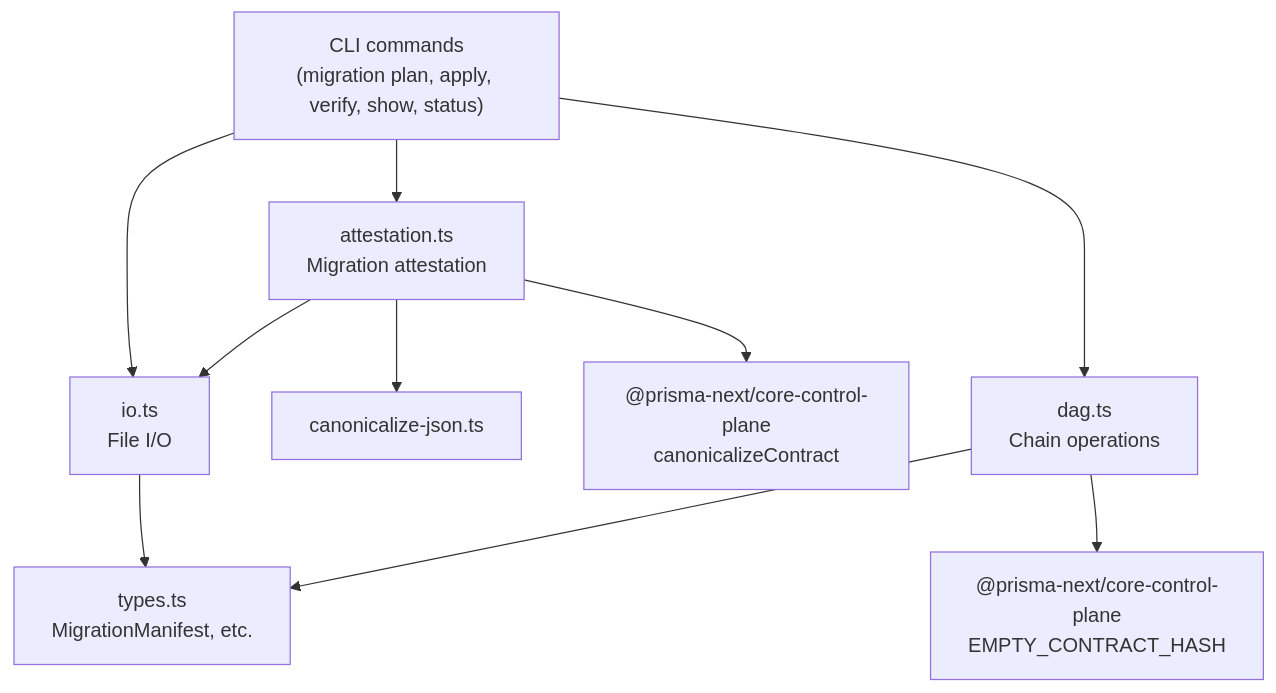
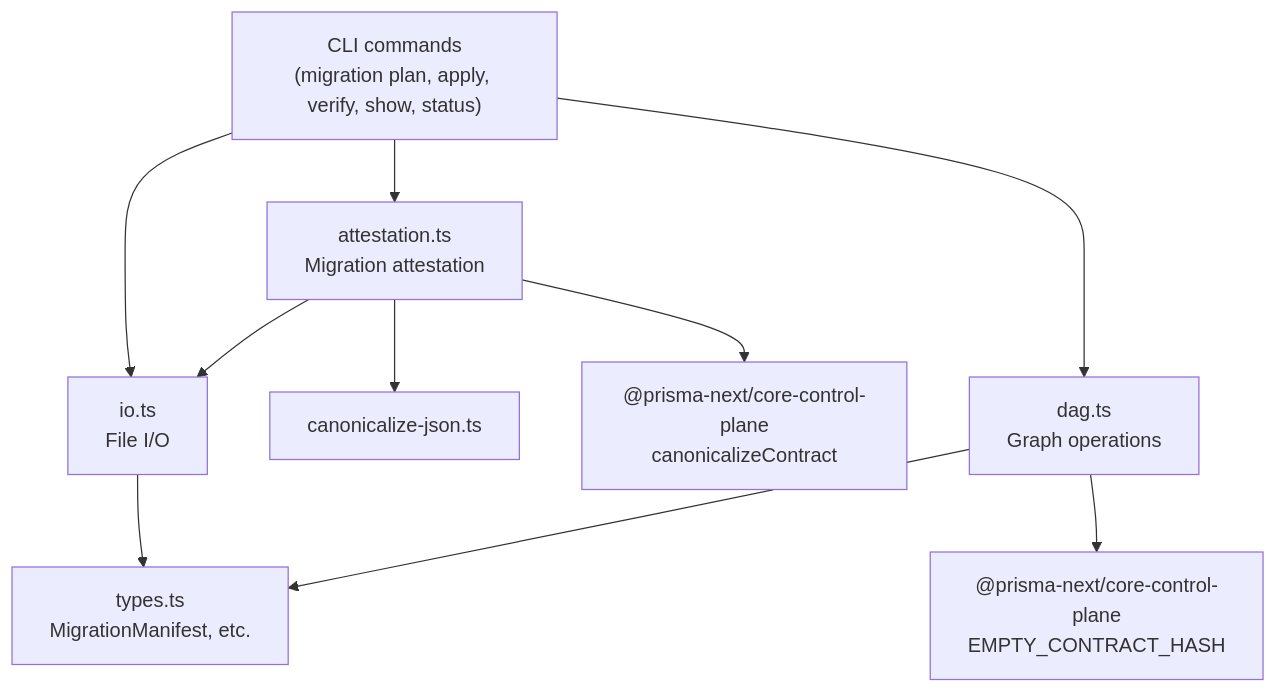
One commit to prisma/prisma-next changed the diagram in packages/1-framework/3-tooling/migration/README.md. Above: the diagram before and after it, drawn with Mermaid. The commit also changed other lines of this file and 28 other files, not shown here.

First line of the commit message:
refactor(migration): rename graph-theory jargon to domain language (#265)

````diff
--- a/packages/1-framework/3-tooling/migration/README.md
+++ b/packages/1-framework/3-tooling/migration/README.md
@@ -33,12 +33,12 @@
 ```mermaid
 graph TD
     CLI["CLI commands<br/>(migration plan, apply, verify, show, status)"] --> IO["io.ts<br/>File I/O"]
     CLI --> ATT["attestation.ts<br/>Migration attestation"]
-    CLI --> DAG["dag.ts<br/>Chain operations"]
+    CLI --> GRAPH["dag.ts<br/>Graph operations"]
     IO --> TYPES["types.ts<br/>MigrationManifest, etc."]
     ATT --> IO
     ATT --> CAN["canonicalize-json.ts"]
     ATT --> CP["@prisma-next/core-control-plane<br/>canonicalizeContract"]
-    DAG --> TYPES
-    DAG --> ABS["@prisma-next/core-control-plane<br/>EMPTY_CONTRACT_HASH"]
+    GRAPH --> TYPES
+    GRAPH --> ABS["@prisma-next/core-control-plane<br/>EMPTY_CONTRACT_HASH"]
 ```
````
